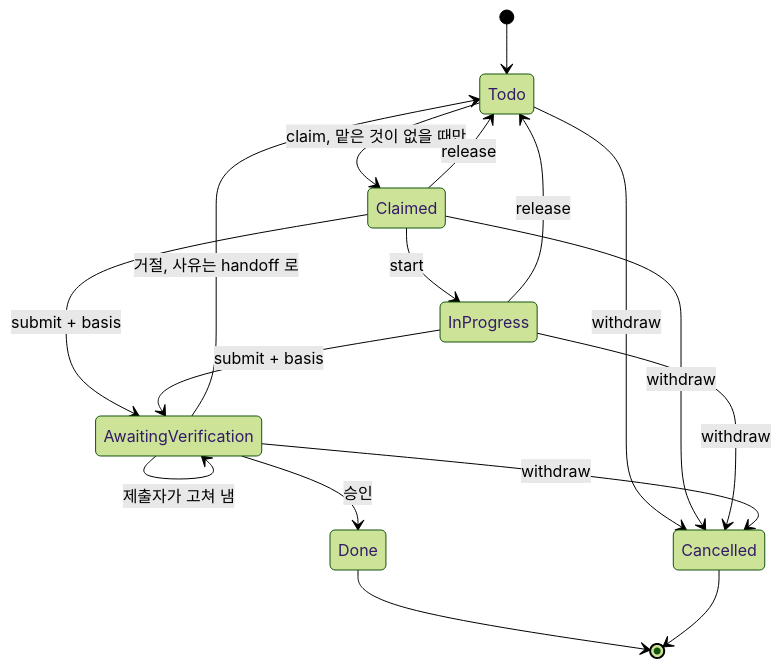
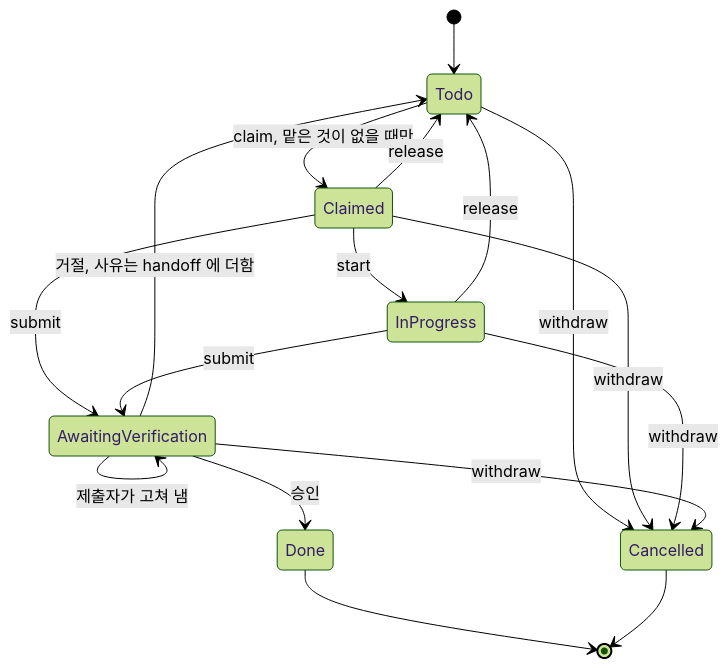
Before and after one commit to jeong-sik/masc: the diagram in docs/rfc/RFC-task-lifecycle-request-hold-submission.md, drawn with Mermaid (forest theme). The commit also changed other lines of this file and 6 other files, not shown here.

First line of the commit message:
docs(rfc): fold in the adversarial review — handoff kept on rejection, no basis field

````diff
--- a/docs/rfc/RFC-task-lifecycle-request-hold-submission.md
+++ b/docs/rfc/RFC-task-lifecycle-request-hold-submission.md
@@ -221,19 +231,19 @@
 ```mermaid
 stateDiagram-v2
     [*] --> Todo
     Todo --> Claimed: claim, 맡은 것이 없을 때만
     Claimed --> InProgress: start
     Claimed --> Todo: release
     InProgress --> Todo: release
-    Claimed --> AwaitingVerification: submit + basis
-    InProgress --> AwaitingVerification: submit + basis
+    Claimed --> AwaitingVerification: submit
+    InProgress --> AwaitingVerification: submit
     AwaitingVerification --> AwaitingVerification: 제출자가 고쳐 냄
     AwaitingVerification --> Done: 승인
-    AwaitingVerification --> Todo: 거절, 사유는 handoff 로
+    AwaitingVerification --> Todo: 거절, 사유는 handoff 에 더함
     Todo --> Cancelled: withdraw
     Claimed --> Cancelled: withdraw
     InProgress --> Cancelled: withdraw
     AwaitingVerification --> Cancelled: withdraw
     Done --> [*]
     Cancelled --> [*]
 ```
````
